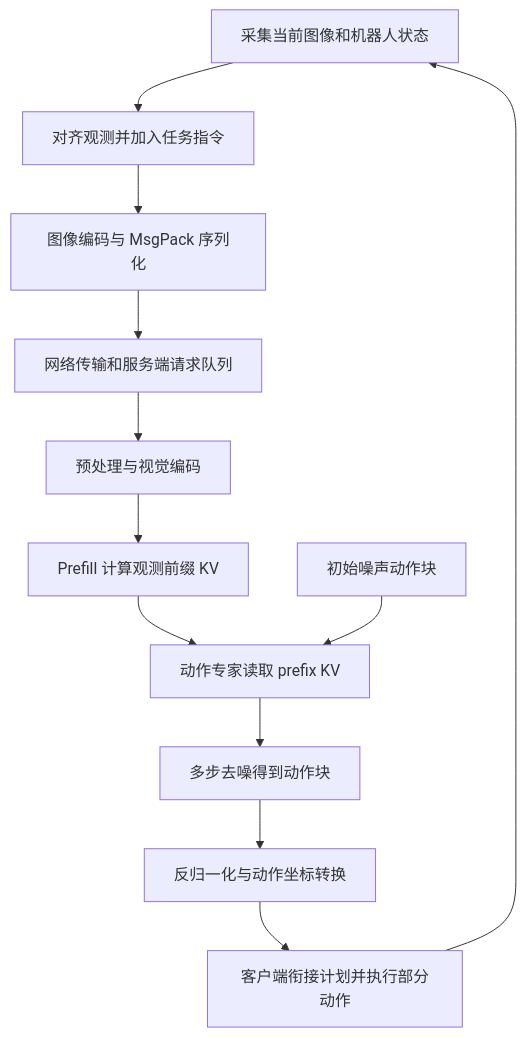
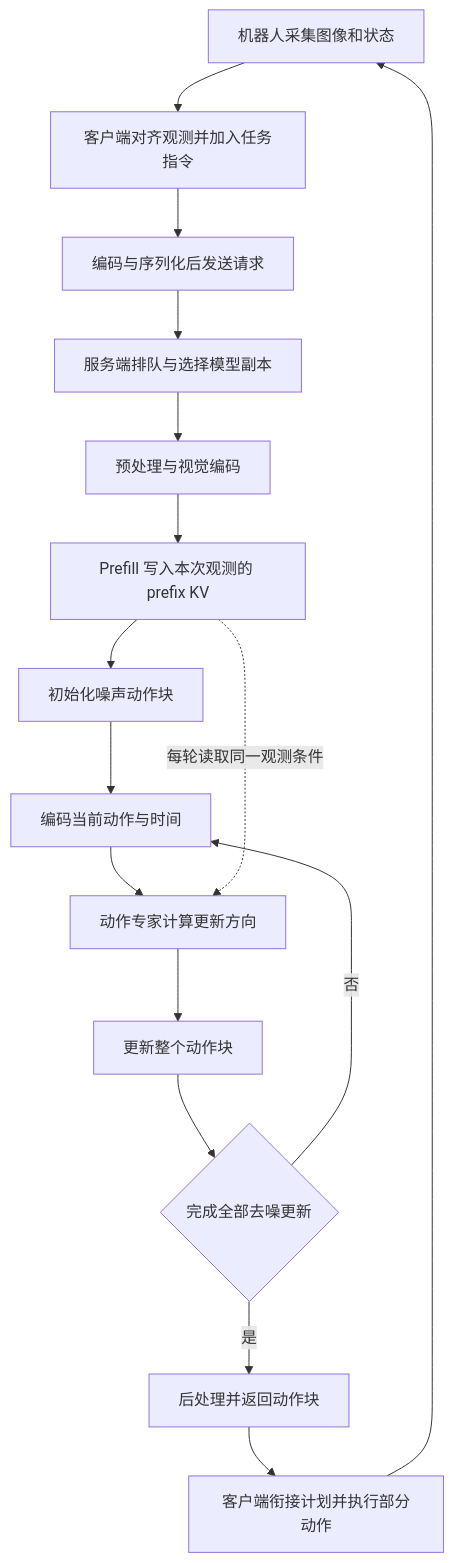
Before and after one commit to xiaojunjie222/xiaojunjie222: the first of 5 diagrams in notes/robot-inference-optimization.md, drawn with Mermaid. The commit also changed other lines of this file and 2 other files, not shown here.

Commit message:
docs: expand Harrix inference guide with diagrams and profile entry

````diff
--- a/notes/robot-inference-optimization.md
+++ b/notes/robot-inference-optimization.md
@@ -11,14 +13,18 @@
 ```mermaid
 flowchart TD
-    A[采集当前图像和机器人状态] --> B[对齐观测并加入任务指令]
-    B --> C[图像编码与 MsgPack 序列化]
-    C --> D[网络传输和服务端请求队列]
-    D --> E[预处理与视觉编码]
-    E --> F[Prefill 计算观测前缀 KV]
-    F --> G[动作专家读取 prefix KV]
-    H[初始噪声动作块] --> G
-    G --> I[多步去噪得到动作块]
-    I --> J[反归一化与动作坐标转换]
-    J --> K[客户端衔接计划并执行部分动作]
-    K --> A
+    A["机器人采集图像和状态"] --> B["客户端对齐观测并加入任务指令"]
+    B --> C["编码与序列化后发送请求"]
+    C --> D["服务端排队与选择模型副本"]
+    D --> E["预处理与视觉编码"]
+    E --> F["Prefill 写入本次观测的 prefix KV"]
+    F --> G["初始化噪声动作块"]
+    G --> H["编码当前动作与时间"]
+    H --> I["动作专家计算更新方向"]
+    F -. "每轮读取同一观测条件" .-> I
+    I --> J["更新整个动作块"]
+    J --> K{"完成全部去噪更新"}
+    K -- "否" --> H
+    K -- "是" --> L["后处理并返回动作块"]
+    L --> M["客户端衔接计划并执行部分动作"]
+    M --> A
 ```
````
